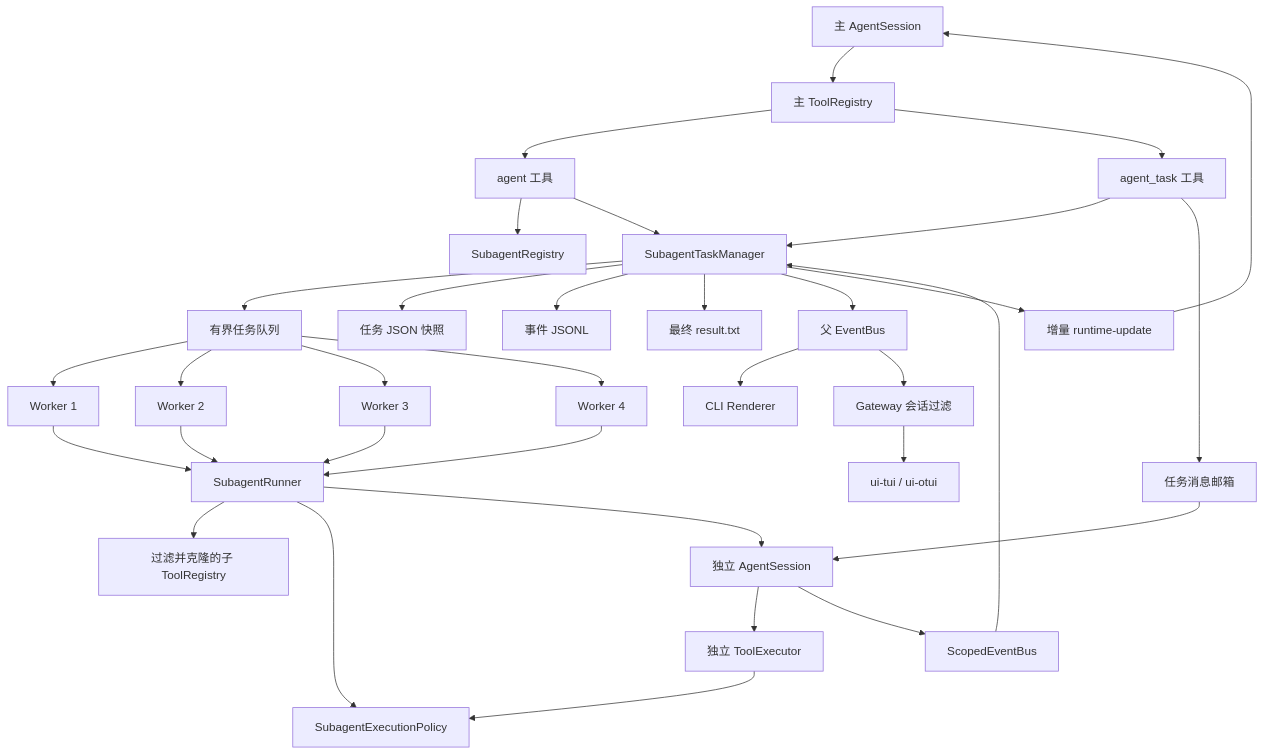
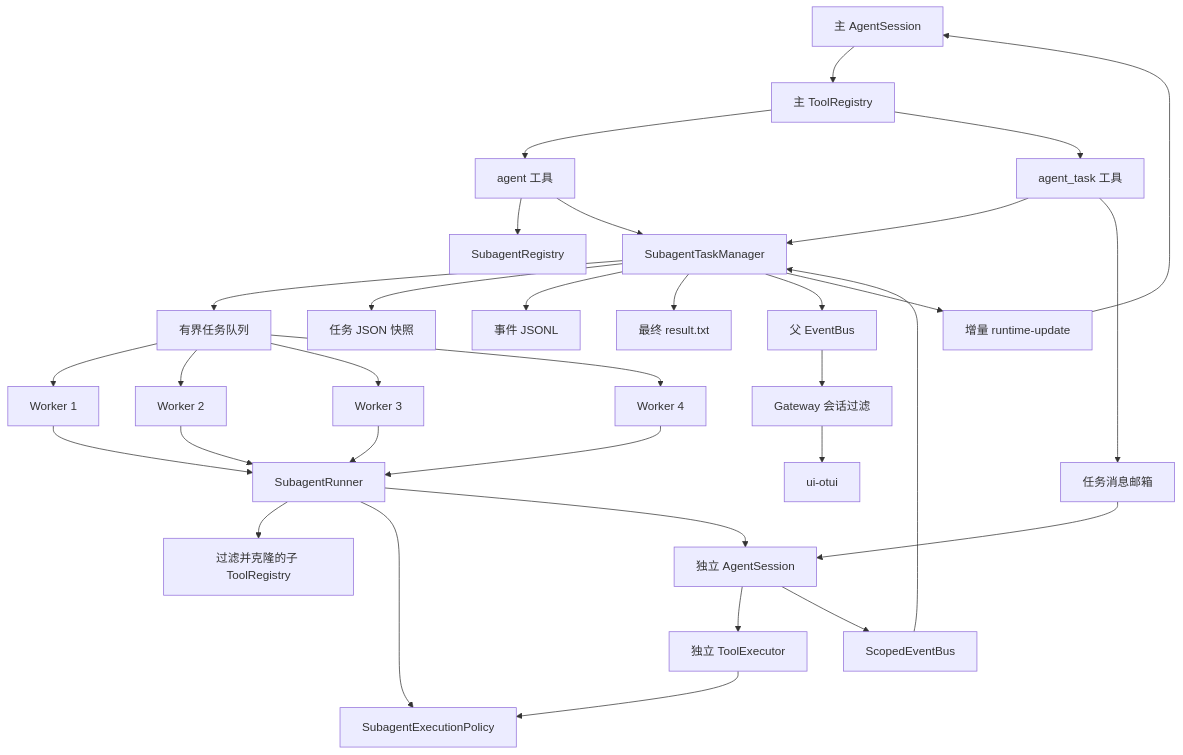
One commit to CB257526/cb-agent changed the diagram in subagent/TECHNICAL_IMPLEMENTATION_REPORT.md. Above: the diagram before and after it, drawn with Mermaid. The commit also changed other lines of this file and 86 other files, not shown here.

````diff
--- a/subagent/TECHNICAL_IMPLEMENTATION_REPORT.md
+++ b/subagent/TECHNICAL_IMPLEMENTATION_REPORT.md
@@ -82,42 +81,41 @@
 ```mermaid
 flowchart TD
     Root[主 AgentSession] --> Registry[主 ToolRegistry]
     Registry --> AgentTool[agent 工具]
     Registry --> AgentTaskTool[agent_task 工具]
 
     AgentTool --> RoleRegistry[SubagentRegistry]
     AgentTool --> Manager[SubagentTaskManager]
     Manager --> Queue[有界任务队列]
     Queue --> W1[Worker 1]
     Queue --> W2[Worker 2]
     Queue --> W3[Worker 3]
     Queue --> W4[Worker 4]
 
     W1 --> Runner[SubagentRunner]
     W2 --> Runner
     W3 --> Runner
     W4 --> Runner
 
     Runner --> ChildRegistry[过滤并克隆的子 ToolRegistry]
     Runner --> Policy[SubagentExecutionPolicy]
     Runner --> ChildSession[独立 AgentSession]
     ChildSession --> ChildExecutor[独立 ToolExecutor]
     ChildExecutor --> Policy
 
     ChildSession --> ScopedBus[ScopedEventBus]
     ScopedBus --> Manager
     Manager --> Snapshot[任务 JSON 快照]
     Manager --> EventLog[事件 JSONL]
     Manager --> ResultFile[最终 result.txt]
     Manager --> ParentBus[父 EventBus]
 
-    ParentBus --> CLI[CLI Renderer]
     ParentBus --> Gateway[Gateway 会话过滤]
-    Gateway --> TUI[ui-tui / ui-otui]
+    Gateway --> OTUI[ui-otui]
 
     Manager --> RuntimeUpdate[增量 runtime-update]
     RuntimeUpdate --> Root
     AgentTaskTool --> Manager
     AgentTaskTool --> Mailbox[任务消息邮箱]
     Mailbox --> ChildSession
 ```
````
